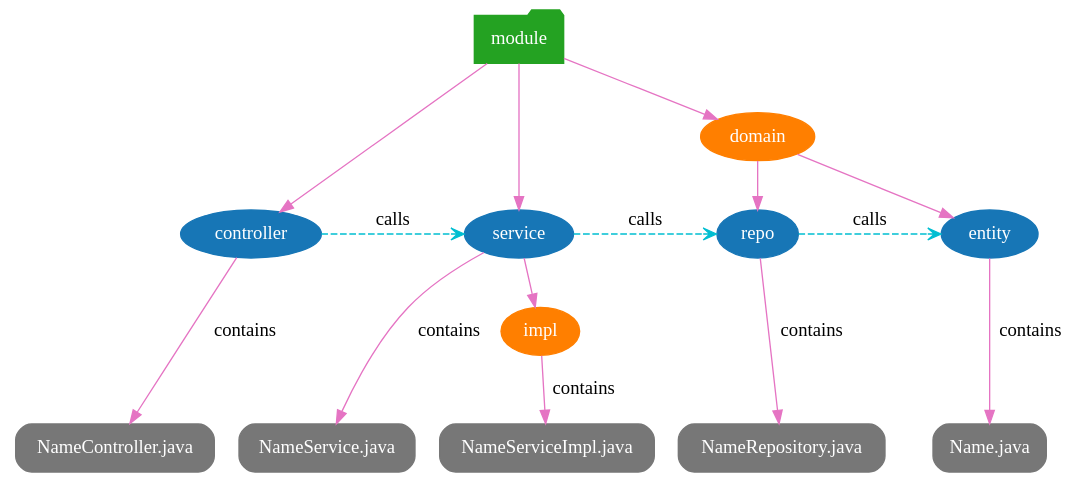
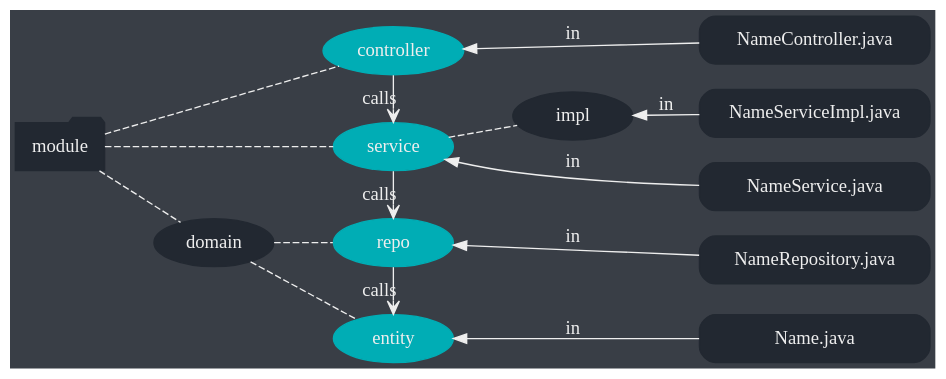
One commit to Jeanhwea/jeanhwea.github.io changed the diagram in static/image/2019/07/spring-mvc-module.dot. Above: the diagram before and after it, drawn with Graphviz. The commit also changed 1 other file, not shown here.

```diff
--- a/static/image/2019/07/spring-mvc-module.dot
+++ b/static/image/2019/07/spring-mvc-module.dot
@@ -1,47 +1,47 @@
 digraph G {
-  // rankdir="LR";
-  compound=true;
+  rankdir="LR";
+  bgcolor="#393e46";
 
-  node[shape=folder, style=filled, color="#24a222", fontcolor="white", fontname="Helvetia"];
+  node[shape=folder, style=filled, color="#222831", fontcolor="#eeeeee", fontname="Helvetia"];
   module;
 
-  node[shape=ellipse, style=filled, color="#1776b6"];
+  node[shape=ellipse, style=filled, color="#00adb5", width=1.25];
   service;
   controller;
   repository[label="repo"];
   entity;
 
-  node[shape=ellipse, style=filled, color="#ff7f00"];
+  node[shape=ellipse, style=filled, color="#222831"];
   domain;
   service_impl[label="impl"];
 
-  edge[style=solid, color="#e574c3"];
+  edge[style=dashed, color="#eeeeee", fontcolor="#eeeeee", arrowhead="none"];
   module -> {domain, service, controller};
   domain -> {entity, repository};
   service -> service_impl;
 
-  node[shape=Mrecord, style=filled, color="#777777"];
+  node[shape=Mrecord, style=filled, width=2.4];
   {
     rank="same";
     Name[label="Name.java"];
     NameRepository[label="NameRepository.java"];
     NameService[label="NameService.java"];
     NameServiceImpl[label="NameServiceImpl.java"];
     NameController[label="NameController.java"];
   }
 
-  edge[shape=dot, style=solid, label="contains"];
+  edge[shape=dot, style=solid, label="in", dir="back", arrowtail="normal"];
   {
     entity -> Name;
     repository -> NameRepository;
     service -> NameService;
     service_impl -> NameServiceImpl;
     controller -> NameController;
   }
 
-  edge[style=dashed, arrowhead="vee", color="#00bed1", label="calls", minlen=3];
+  edge[style=solid, dir=forward, arrowhead="vee", label="calls"];
   {
     rank="same";
     controller -> service -> repository -> entity;
   }
 }
```
